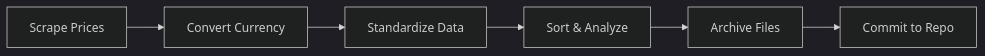
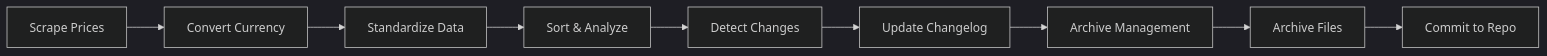
The diagram in README.md (SzeMeng76/spotify-prices), drawn with Mermaid (dark theme) before and after one commit. The commit also changed other lines of this file and 1 other file, not shown here.

Commit message:
feat: enhance README with price change detection and CHANGELOG features

````diff
--- a/README.md
+++ b/README.md
@@ -69,8 +72,11 @@
 ```mermaid
 graph LR
     A[Scrape Prices] --> B[Convert Currency]
     B --> C[Standardize Data]
     C --> D[Sort & Analyze]
-    D --> E[Archive Files]
-    E --> F[Commit to Repo]
+    D --> E[Detect Changes]
+    E --> F[Update Changelog]
+    F --> G[Archive Management]
+    G --> H[Archive Files]
+    H --> I[Commit to Repo]
 ```
````
